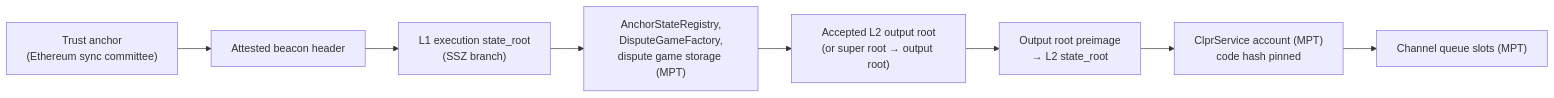
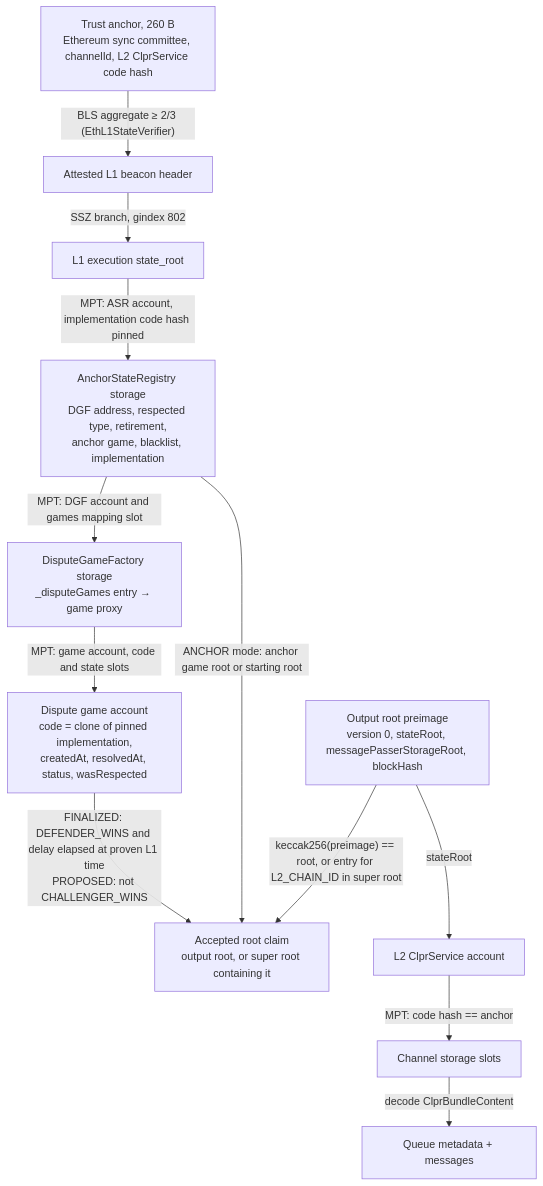
Before and after one commit to shayansal/clpr-smart-contracts: the first of 2 diagrams in src/verifiers/evm/opstack/README.md, drawn with Mermaid. The commit also changed other lines of this file, not shown here.

First line of the commit message:
docs(opstack-verifier): bring the README up to the verifier README standard

````diff
--- a/src/verifiers/evm/opstack/README.md
+++ b/src/verifiers/evm/opstack/README.md
@@ -12,10 +35,26 @@
 ```mermaid
-flowchart LR
-    A["Trust anchor<br/>(Ethereum sync committee)"] --> B["Attested beacon header"]
-    B --> C["L1 execution state_root<br/>(SSZ branch)"]
-    C --> D["AnchorStateRegistry,<br/>DisputeGameFactory,<br/>dispute game storage (MPT)"]
-    D --> E["Accepted L2 output root<br/>(or super root → output root)"]
-    E --> F["Output root preimage<br/>→ L2 state_root"]
-    F --> G["ClprService account (MPT)<br/>code hash pinned"]
-    G --> H["Channel queue slots (MPT)"]
+flowchart TD
+    TA["Trust anchor, 260 B<br/>Ethereum sync committee, channelId, L2 ClprService code hash"]
+    BH["Attested L1 beacon header"]
+    L1["L1 execution state_root"]
+    ASR["AnchorStateRegistry storage<br/>DGF address, respected type, retirement,<br/>anchor game, blacklist, implementation"]
+    DGF["DisputeGameFactory storage<br/>_disputeGames entry → game proxy"]
+    GAME["Dispute game account<br/>code = clone of pinned implementation,<br/>createdAt, resolvedAt, status, wasRespected"]
+    ROOT["Accepted root claim<br/>output root, or super root containing it"]
+    OUT["Output root preimage<br/>version 0, stateRoot, messagePasserStorageRoot, blockHash"]
+    L2["L2 ClprService account"]
+    SLOTS["Channel storage slots"]
+    QM["Queue metadata + messages"]
+
+    TA -- "BLS aggregate ≥ 2/3 (EthL1StateVerifier)" --> BH
+    BH -- "SSZ branch, gindex 802" --> L1
+    L1 -- "MPT: ASR account, implementation code hash pinned" --> ASR
+    ASR -- "MPT: DGF account and games mapping slot" --> DGF
+    DGF -- "MPT: game account, code and state slots" --> GAME
+    GAME -- "FINALIZED: DEFENDER_WINS and delay elapsed at proven L1 time<br/>PROPOSED: not CHALLENGER_WINS" --> ROOT
+    ASR -- "ANCHOR mode: anchor game root or starting root" --> ROOT
+    OUT -- "keccak256(preimage) == root, or entry for L2_CHAIN_ID in super root" --> ROOT
+    OUT -- "stateRoot" --> L2
+    L2 -- "MPT: code hash == anchor" --> SLOTS
+    SLOTS -- "decode ClprBundleContent" --> QM
 ```
````
